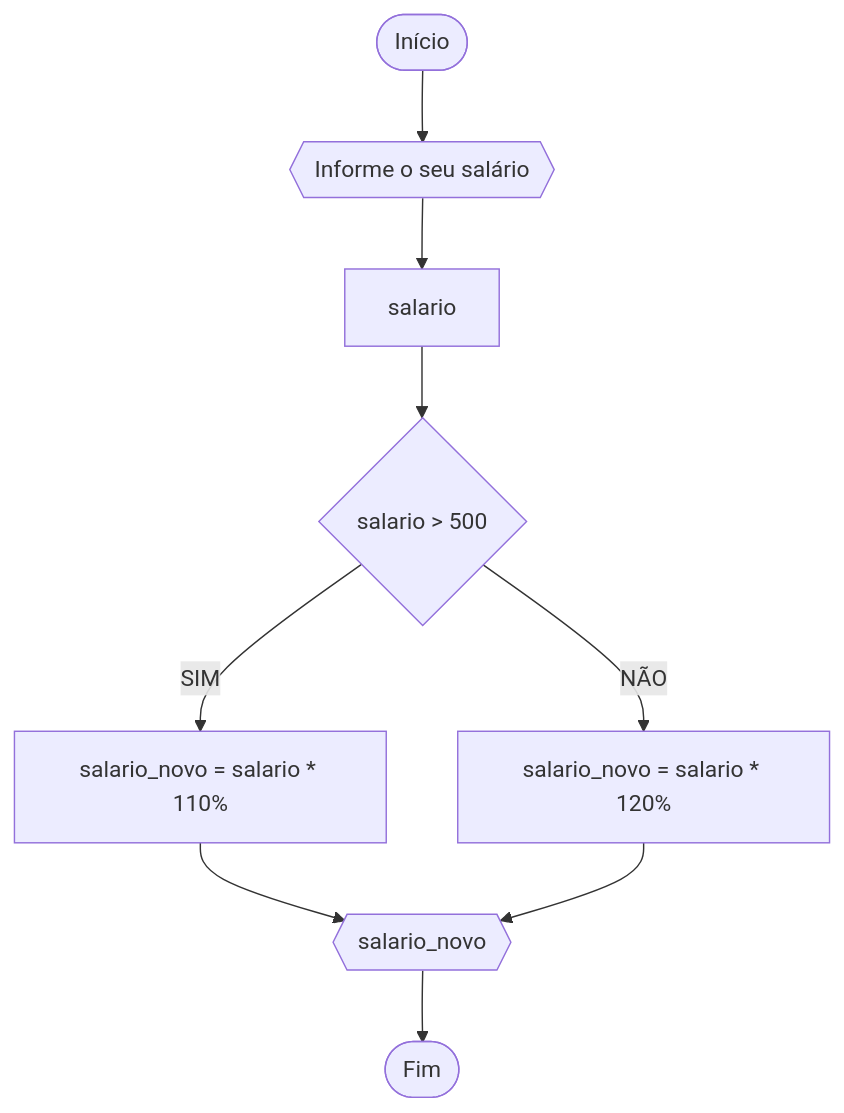
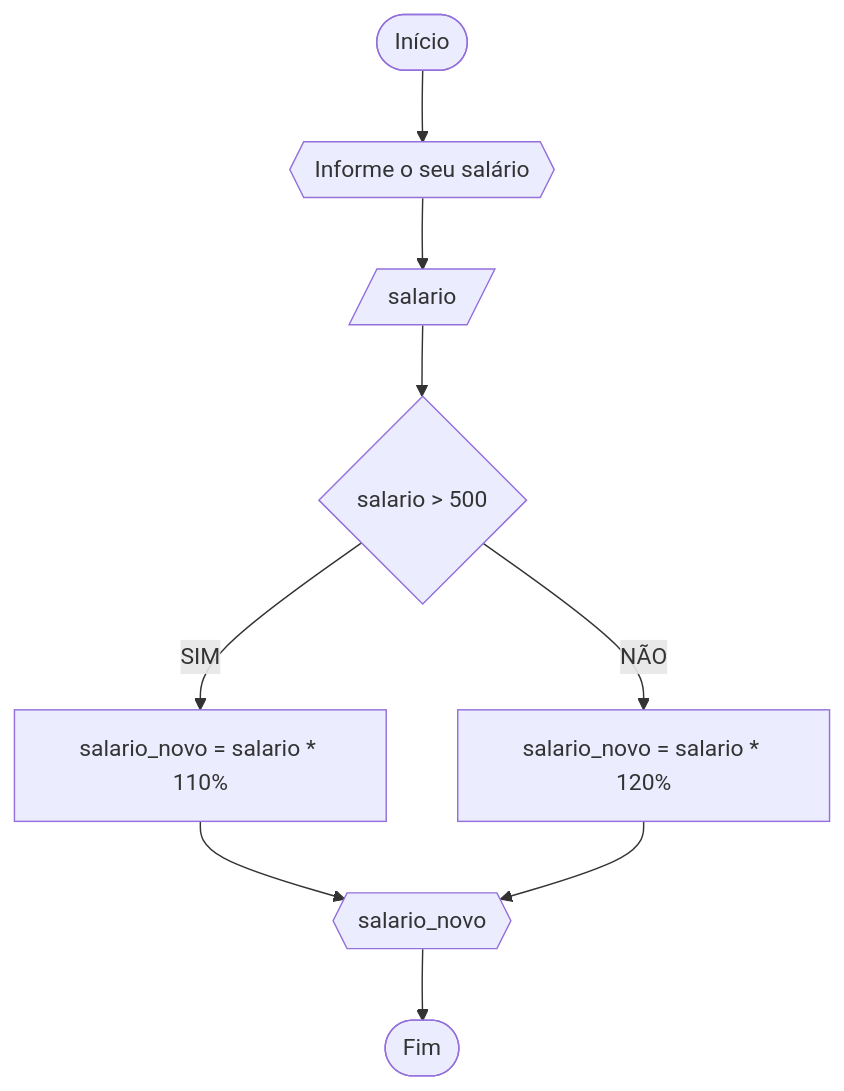
The second of 3 diagrams in RLA/lista1_exercicios.md (marviniciuss/unifor), drawn with Mermaid before and after one commit.

````diff
--- a/RLA/lista1_exercicios.md
+++ b/RLA/lista1_exercicios.md
@@ -41,11 +41,11 @@
 ```mermaid
 flowchart TD
 A([Início])-->B{{Informe o seu salário}}
-B-->C[salario]
+B-->C[/salario/]
 C-->D{salario > 500}
 D--SIM-->E[salario_novo = salario * 110%]
 D--NÃO-->F[salario_novo = salario * 120%]
 E-->G{{salario_novo}}
 F-->G{{salario_novo}}
 G-->H([Fim])
 ```
````
